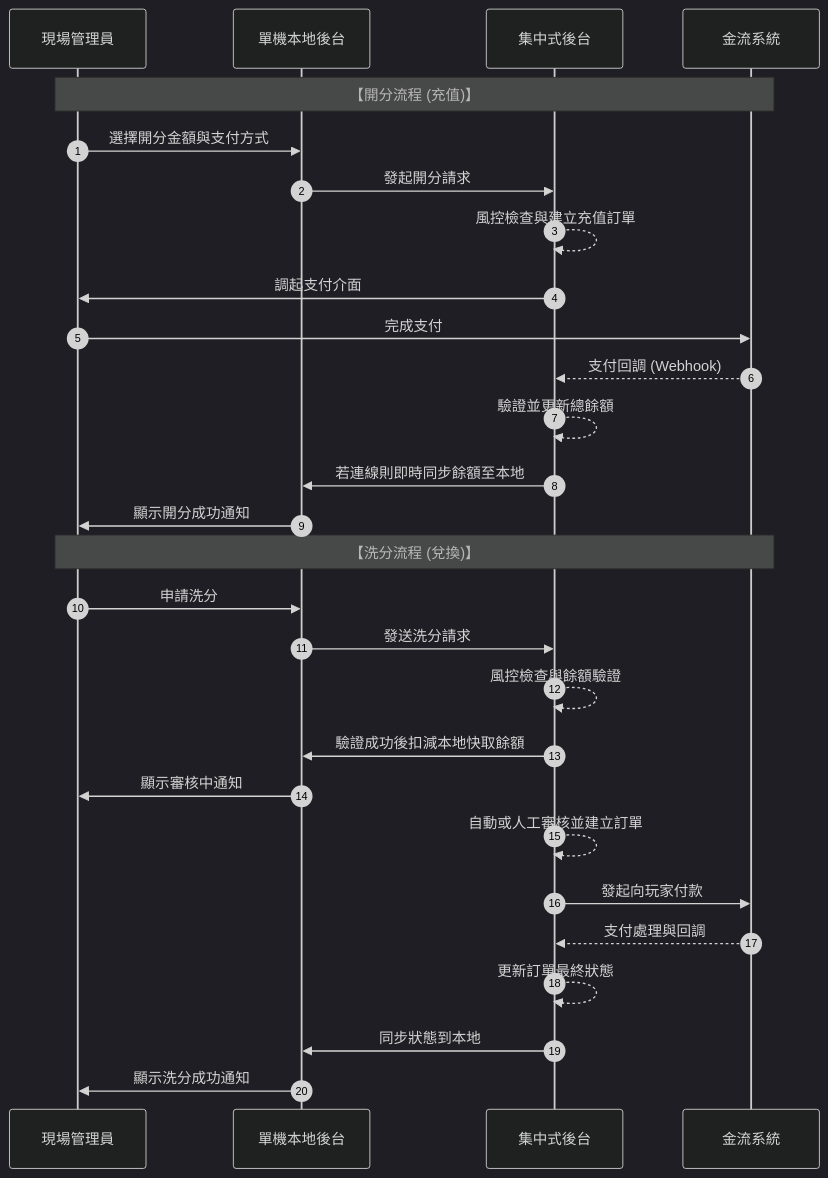
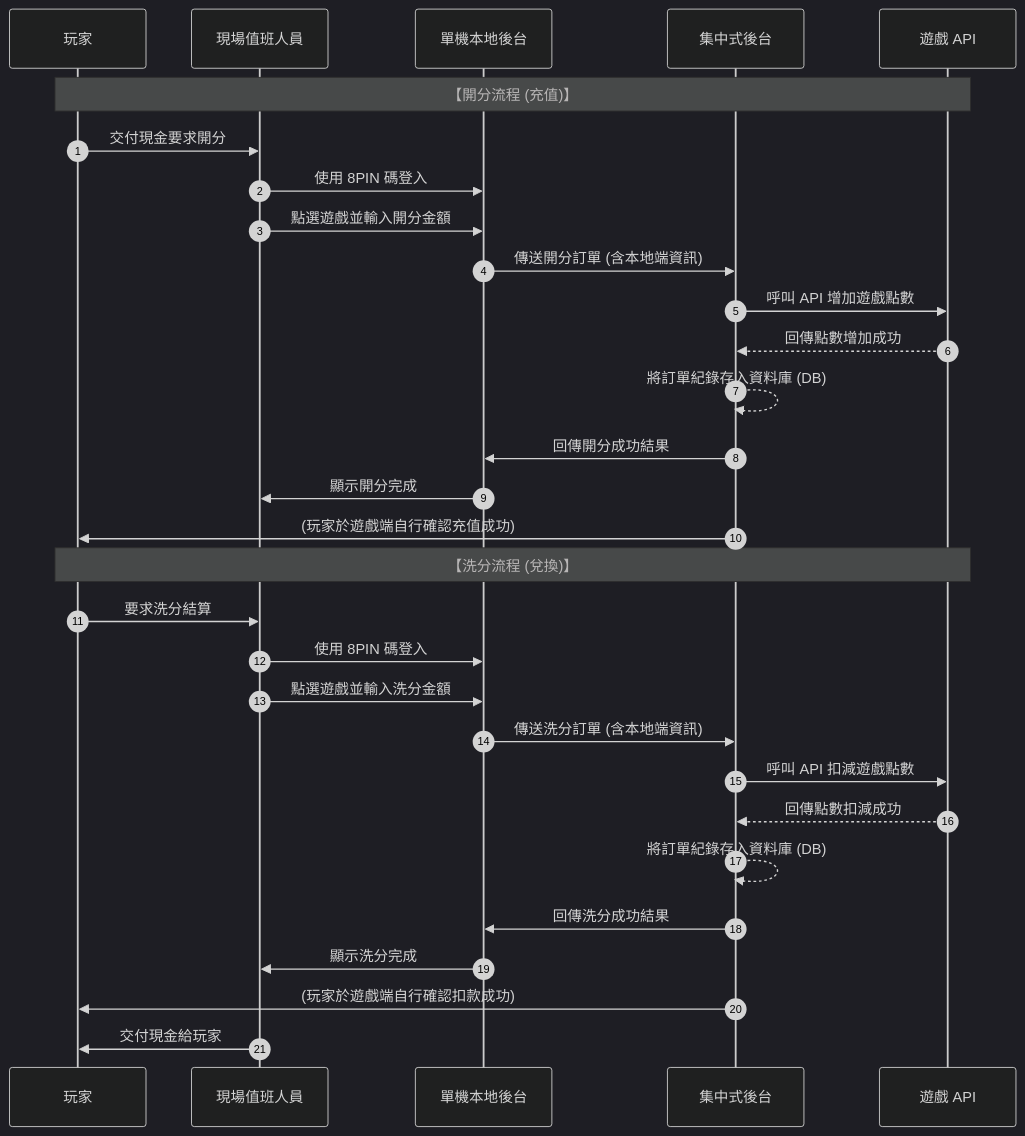
Before and after one commit to dimx9173/project_game: the first of 17 diagrams in md/v8/遊戲平台管理系統_功能矩陣與流程圖_旗艦版.md, drawn with Mermaid (dark theme).

Commit message:
docs: 更新開洗分流程為現場現金處理與8PIN登入

````diff
--- a/md/v8/遊戲平台管理系統_功能矩陣與流程圖_旗艦版.md
+++ b/md/v8/遊戲平台管理系統_功能矩陣與流程圖_旗艦版.md
@@ -206,32 +206,34 @@
 ```mermaid
 sequenceDiagram
     autonumber
-    participant Admin as 現場管理員
+    participant Player as 玩家
+    participant Admin as 現場值班人員
     participant Local as 單機本地後台
     participant Central as 集中式後台
-    participant Pay as 金流系統
- 
-    Note over Admin, Pay: 【開分流程 (充值)】
-    Admin->>Local: 選擇開分金額與支付方式
-    Local->>Central: 發起開分請求
-    Central-->>Central: 風控檢查與建立充值訂單
-    Central->>Admin: 調起支付介面
-    Admin->>Pay: 完成支付
-    Pay-->>Central: 支付回調 (Webhook)
-    Central-->>Central: 驗證並更新總餘額
-    Central->>Local: 若連線則即時同步餘額至本地
-    Local->>Admin: 顯示開分成功通知
- 
-    Note over Admin, Pay: 【洗分流程 (兌換)】
-    Admin->>Local: 申請洗分
-    Local->>Central: 發送洗分請求
-    Central-->>Central: 風控檢查與餘額驗證
-    Central->>Local: 驗證成功後扣減本地快取餘額
-    Local->>Admin: 顯示審核中通知
-    Central-->>Central: 自動或人工審核並建立訂單
-    Central->>Pay: 發起向玩家付款
-    Pay-->>Central: 支付處理與回調
-    Central-->>Central: 更新訂單最終狀態
-    Central->>Local: 同步狀態到本地
-    Local->>Admin: 顯示洗分成功通知
+    participant GameAPI as 遊戲 API
+
+    Note over Player, GameAPI: 【開分流程 (充值)】
+    Player->>Admin: 交付現金要求開分
+    Admin->>Local: 使用 8PIN 碼登入
+    Admin->>Local: 點選遊戲並輸入開分金額
+    Local->>Central: 傳送開分訂單 (含本地端資訊)
+    Central->>GameAPI: 呼叫 API 增加遊戲點數
+    GameAPI-->>Central: 回傳點數增加成功
+    Central-->>Central: 將訂單紀錄存入資料庫 (DB)
+    Central->>Local: 回傳開分成功結果
+    Local->>Admin: 顯示開分完成
+    Central->>Player: (玩家於遊戲端自行確認充值成功)
+
+    Note over Player, GameAPI: 【洗分流程 (兌換)】
+    Player->>Admin: 要求洗分結算
+    Admin->>Local: 使用 8PIN 碼登入
+    Admin->>Local: 點選遊戲並輸入洗分金額
+    Local->>Central: 傳送洗分訂單 (含本地端資訊)
+    Central->>GameAPI: 呼叫 API 扣減遊戲點數
+    GameAPI-->>Central: 回傳點數扣減成功
+    Central-->>Central: 將訂單紀錄存入資料庫 (DB)
+    Central->>Local: 回傳洗分成功結果
+    Local->>Admin: 顯示洗分完成
+    Central->>Player: (玩家於遊戲端自行確認扣款成功)
+    Admin->>Player: 交付現金給玩家
 ```
````
